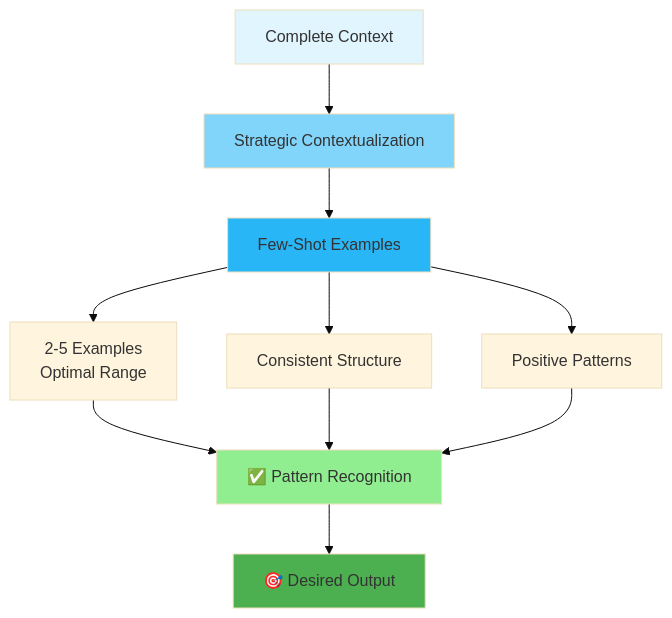
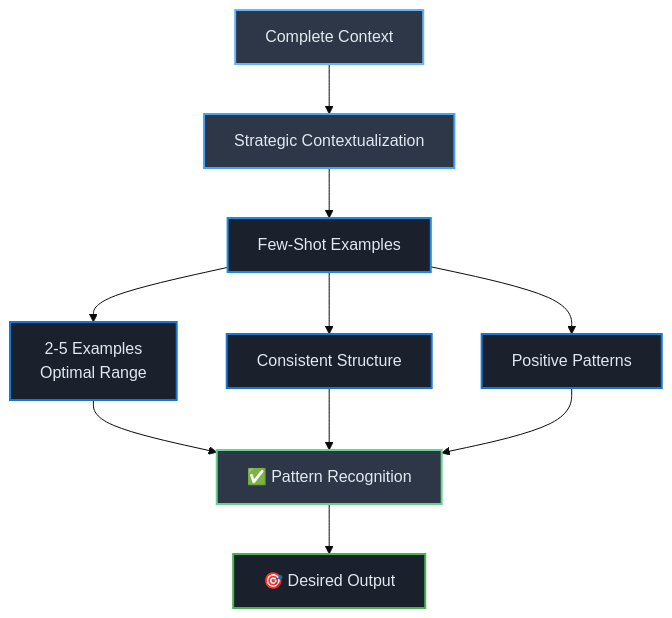
Before and after one commit to josemlopez/prompt_tutorial: the third of 4 diagrams in Part_I_Section_1_Foundational_Principles_of_Modern_Prompting.md, drawn with Mermaid (base theme). The commit also changed other lines of this file and 7 other files, not shown here.

````diff
--- a/Part_I_Section_1_Foundational_Principles_of_Modern_Prompting.md
+++ b/Part_I_Section_1_Foundational_Principles_of_Modern_Prompting.md
@@ -97,21 +103,24 @@
 ```mermaid
 graph TD
-    A[Complete Context] --> B[Strategic Contextualization]
-    B --> C[Few-Shot Examples]
-    
-    C --> D[2-5 Examples<br/>Optimal Range]
-    C --> E[Consistent Structure]
-    C --> F[Positive Patterns]
-    
-    D --> G[✅ Pattern Recognition]
-    E --> G
-    F --> G
-    
-    G --> H[🎯 Desired Output]
-    
-    style A fill:#e1f5fe
-    style B fill:#81d4fa
-    style C fill:#29b6f6
-    style G fill:#90EE90
-    style H fill:#4caf50
+   A[Complete Context] --> B[Strategic Contextualization]
+   B --> C[Few-Shot Examples]
+   
+   C --> D[2-5 Examples<br/>Optimal Range]
+   C --> E[Consistent Structure]
+   C --> F[Positive Patterns]
+   
+   D --> G[✅ Pattern Recognition]
+   E --> G
+   F --> G
+   
+   G --> H[🎯 Desired Output]
+   
+   style A fill:#2d3748,stroke:#64b5f6,stroke-width:2px,color:#e2e8f0
+   style B fill:#2d3748,stroke:#42a5f5,stroke-width:2px,color:#e2e8f0
+   style C fill:#1a202c,stroke:#1e88e5,stroke-width:2px,color:#e2e8f0
+   style D fill:#1a202c,stroke:#1976d2,stroke-width:2px,color:#e2e8f0
+   style E fill:#1a202c,stroke:#1976d2,stroke-width:2px,color:#e2e8f0
+   style F fill:#1a202c,stroke:#1976d2,stroke-width:2px,color:#e2e8f0
+   style G fill:#2d3748,stroke:#68d391,stroke-width:2px,color:#e2e8f0
+   style H fill:#1a202c,stroke:#4caf50,stroke-width:2px,color:#e2e8f0
 ```
````
